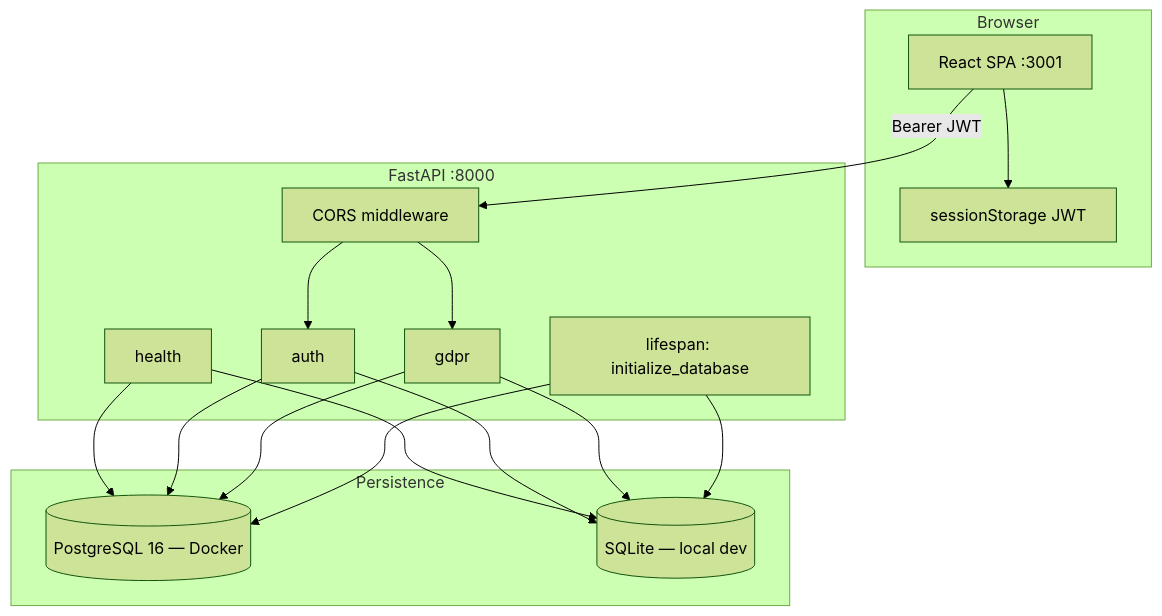
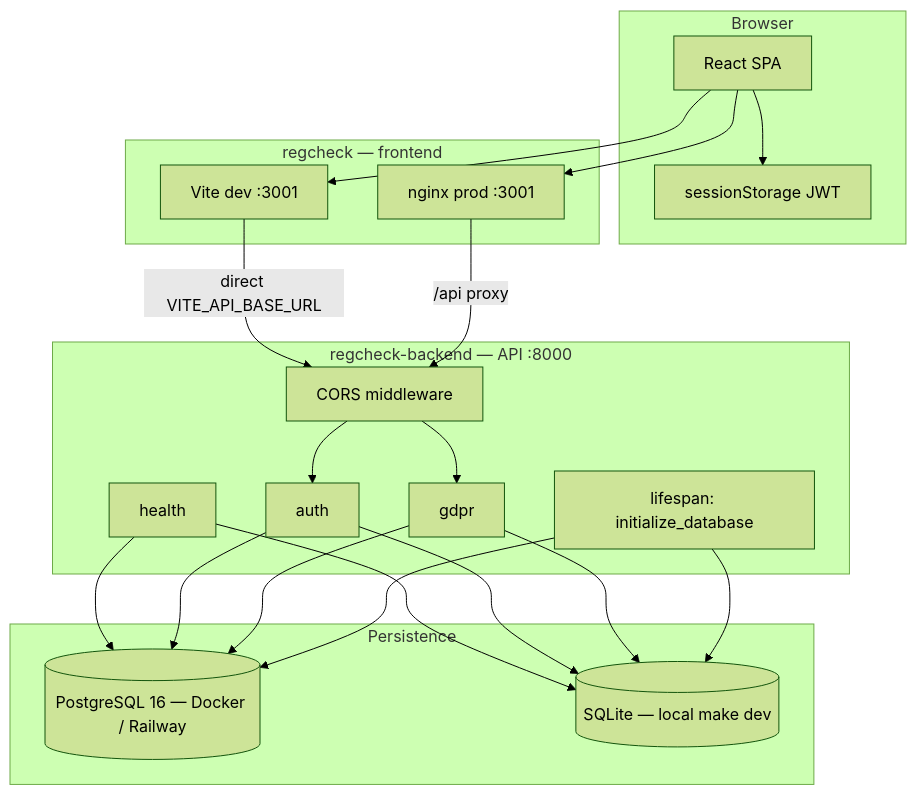
Before and after one commit to danielfdez17/regcheck: the second of 6 diagrams in docs/obsidian/PROJECT-REPORT.md, drawn with Mermaid (forest theme). The commit also changed other lines of this file and 1 other file, not shown here.

````diff
--- a/docs/obsidian/PROJECT-REPORT.md
+++ b/docs/obsidian/PROJECT-REPORT.md
@@ -236,26 +242,35 @@
 ```mermaid
 flowchart TB
     subgraph Browser
-        SPA[React SPA :3001]
+        SPA[React SPA]
         SS[sessionStorage JWT]
     end
 
-    subgraph API["FastAPI :8000"]
+    subgraph FE["regcheck — frontend"]
+        VITE[Vite dev :3001]
+        NGX[nginx prod :3001]
+    end
+
+    subgraph BE["regcheck-backend — API :8000"]
         R1[health]
         R2[auth]
         R3[gdpr]
         MW[CORS middleware]
         LIFE[lifespan: initialize_database]
     end
 
     subgraph Persistence
-        PG[(PostgreSQL 16 — Docker)]
-        SQL[(SQLite — local dev)]
+        PG[(PostgreSQL 16 — Docker / Railway)]
+        SQL[(SQLite — local make dev)]
     end
 
     SPA --> SS
-    SPA -->|Bearer JWT| MW --> R2 & R3
+    SPA --> VITE
+    SPA --> NGX
+    VITE -->|direct VITE_API_BASE_URL| MW
+    NGX -->|/api proxy| MW
+    MW --> R2 & R3
     R1 & R2 & R3 --> PG
     R1 & R2 & R3 --> SQL
     LIFE --> PG & SQL
 ```
````
